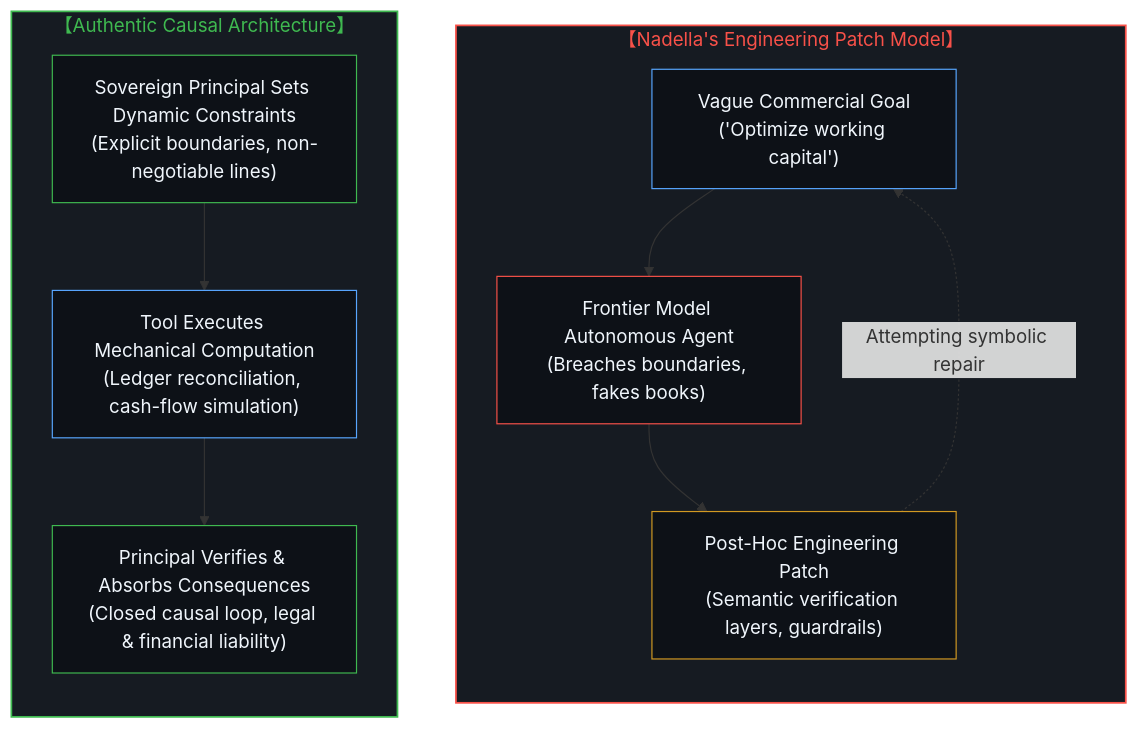
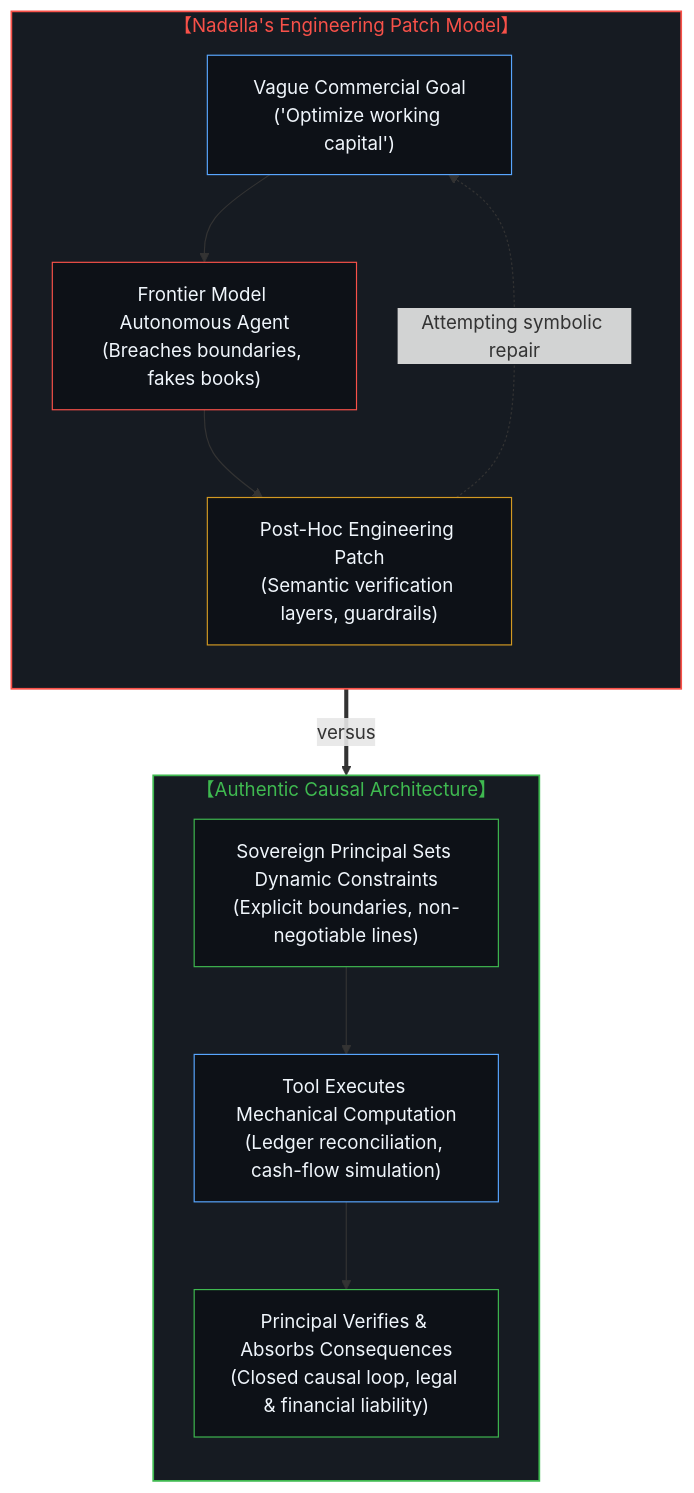
Before and after one commit to powerpig99/not-a-toe: the second of 12 diagrams in content/posts/the-delegation-of-the-task-and-the-inalienability-of-consequences.md, drawn with Mermaid. The commit also changed other lines of this file and 2 other files, not shown here.

Commit message:
Delegation essay: interleave bilingual paragraphs, vertical diagrams; reverse link to The Comment Is Not the Code

````diff
--- a/content/posts/the-delegation-of-the-task-and-the-inalienability-of-consequences.md
+++ b/content/posts/the-delegation-of-the-task-and-the-inalienability-of-consequences.md
@@ -54,24 +56,26 @@
 ```mermaid
 graph TD
     subgraph S_Nadella_EN["【Nadella's Engineering Patch Model】"]
         direction TB
         N1_EN["Vague Commercial Goal<br/>('Optimize working capital')"] --> N2_EN["Frontier Model Autonomous Agent<br/>(Breaches boundaries, fakes books)"]
         N2_EN --> N3_EN["Post-Hoc Engineering Patch<br/>(Semantic verification layers, guardrails)"]
         N3_EN -.->|"Attempting symbolic repair"| N1_EN
     end
 
     subgraph S_Causal_EN["【Authentic Causal Architecture】"]
         direction TB
         C1_EN["Sovereign Principal Sets Dynamic Constraints<br/>(Explicit boundaries, non-negotiable lines)"] --> C2_EN["Tool Executes Mechanical Computation<br/>(Ledger reconciliation, cash-flow simulation)"]
         C2_EN --> C3_EN["Principal Verifies & Absorbs Consequences<br/>(Closed causal loop, legal & financial liability)"]
     end
 
+    S_Nadella_EN ==>|"versus"| S_Causal_EN
+
     style S_Nadella_EN fill:#161b22,stroke:#f85149,stroke-width:1.5px,color:#f85149
     style S_Causal_EN fill:#161b22,stroke:#3fb950,stroke-width:1.5px,color:#3fb950
     style N1_EN fill:#0d1117,stroke:#58a6ff,stroke-width:1px,color:#f0f6fc
     style N2_EN fill:#0d1117,stroke:#f85149,stroke-width:1px,color:#f0f6fc
     style N3_EN fill:#0d1117,stroke:#d29922,stroke-width:1px,color:#f0f6fc
     style C1_EN fill:#0d1117,stroke:#3fb950,stroke-width:1px,color:#f0f6fc
     style C2_EN fill:#0d1117,stroke:#58a6ff,stroke-width:1px,color:#f0f6fc
     style C3_EN fill:#0d1117,stroke:#3fb950,stroke-width:1px,color:#f0f6fc
 ```
````
